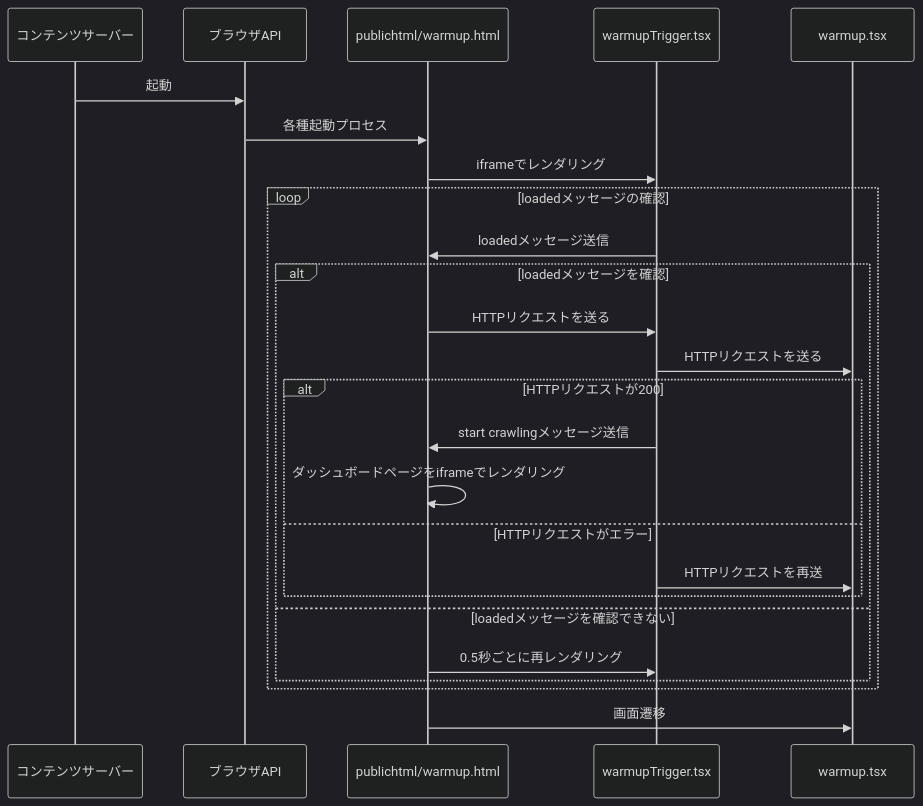
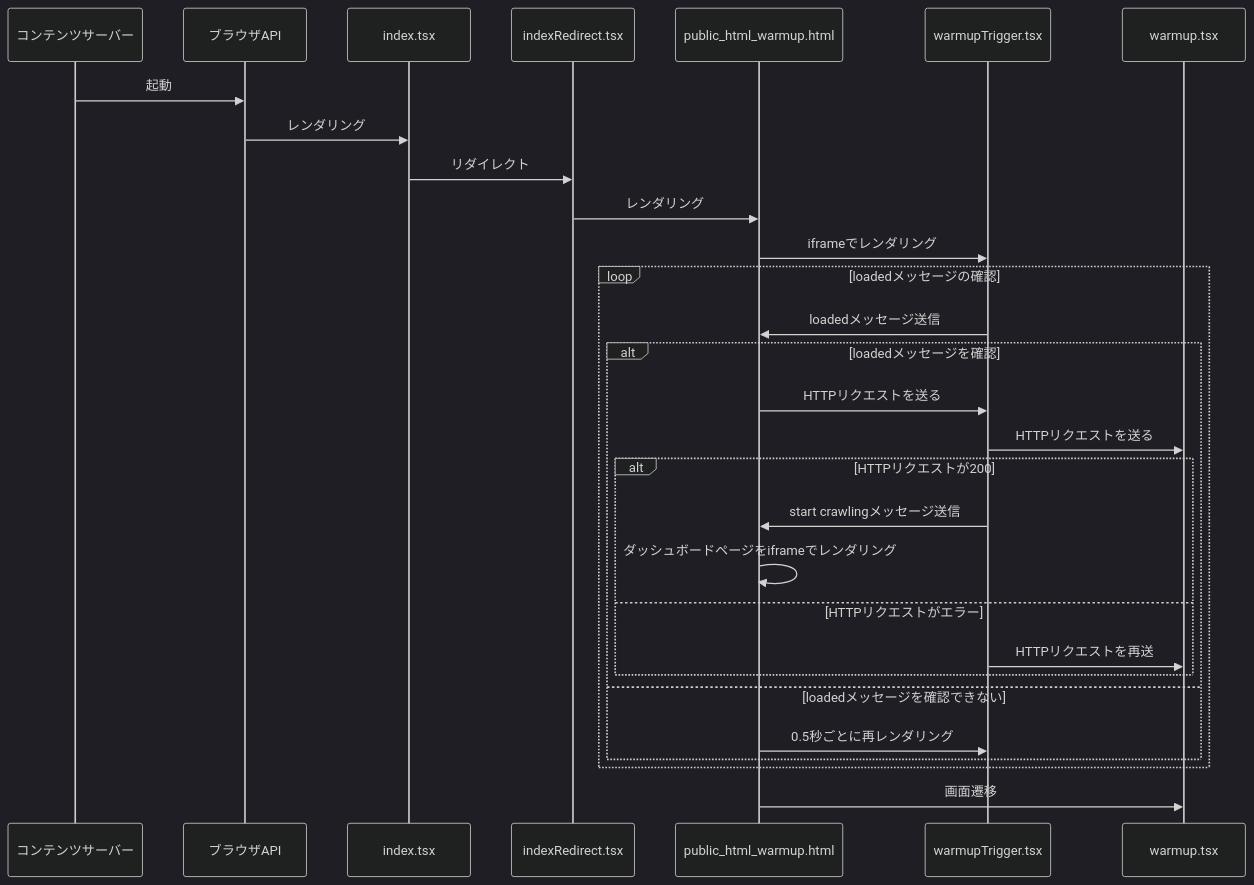
Before and after one commit to yasuhikasa/nextjs-div-practice: the diagram in test.md, drawn with Mermaid (dark theme).

````diff
--- a/test.md
+++ b/test.md
@@ -1,30 +1,35 @@
 ```mermaid
 sequenceDiagram
     participant コンテンツサーバー
     participant ブラウザAPI
-    participant publichtml/warmup.html
+    participant index.tsx
+    participant indexRedirect.tsx
+    participant public_html_warmup.html
     participant warmupTrigger.tsx
     participant warmup.tsx
 
     コンテンツサーバー->>ブラウザAPI: 起動
-    ブラウザAPI->>publichtml/warmup.html: 各種起動プロセス
-    publichtml/warmup.html->>warmupTrigger.tsx: iframeでレンダリング
+    ブラウザAPI->>index.tsx: レンダリング
+    index.tsx->>indexRedirect.tsx: リダイレクト
+    indexRedirect.tsx->>public_html_warmup.html: レンダリング
+    public_html_warmup.html->>warmupTrigger.tsx: iframeでレンダリング
     loop loadedメッセージの確認
-        warmupTrigger.tsx->>publichtml/warmup.html: loadedメッセージ送信
+        warmupTrigger.tsx->>public_html_warmup.html: loadedメッセージ送信
         alt loadedメッセージを確認
-            publichtml/warmup.html->>warmupTrigger.tsx: HTTPリクエストを送る
+            public_html_warmup.html->>warmupTrigger.tsx: HTTPリクエストを送る
             warmupTrigger.tsx->>warmup.tsx: HTTPリクエストを送る
             alt HTTPリクエストが200
-                warmupTrigger.tsx->>publichtml/warmup.html: start crawlingメッセージ送信
-                publichtml/warmup.html->>publichtml/warmup.html: ダッシュボードページをiframeでレンダリング
+                warmupTrigger.tsx->>public_html_warmup.html: start crawlingメッセージ送信
+                public_html_warmup.html->>public_html_warmup.html: ダッシュボードページをiframeでレンダリング
             else HTTPリクエストがエラー
                 warmupTrigger.tsx->>warmup.tsx: HTTPリクエストを再送
             end
         else loadedメッセージを確認できない
-            publichtml/warmup.html->>warmupTrigger.tsx: 0.5秒ごとに再レンダリング
+            public_html_warmup.html->>warmupTrigger.tsx: 0.5秒ごとに再レンダリング
         end
     end
-    publichtml/warmup.html->>warmup.tsx: 画面遷移
+    public_html_warmup.html->>warmup.tsx: 画面遷移
+
 
 
 ```
````
